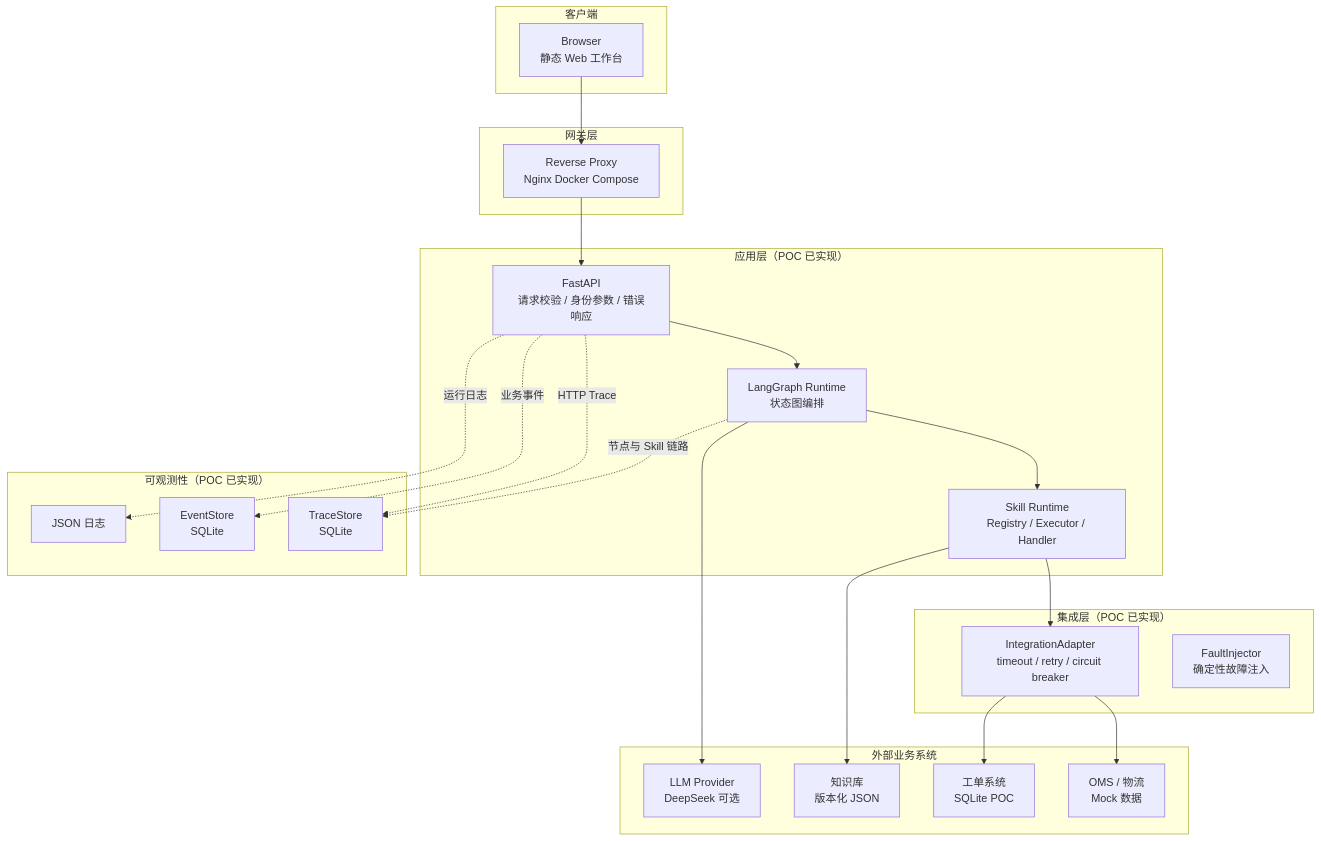
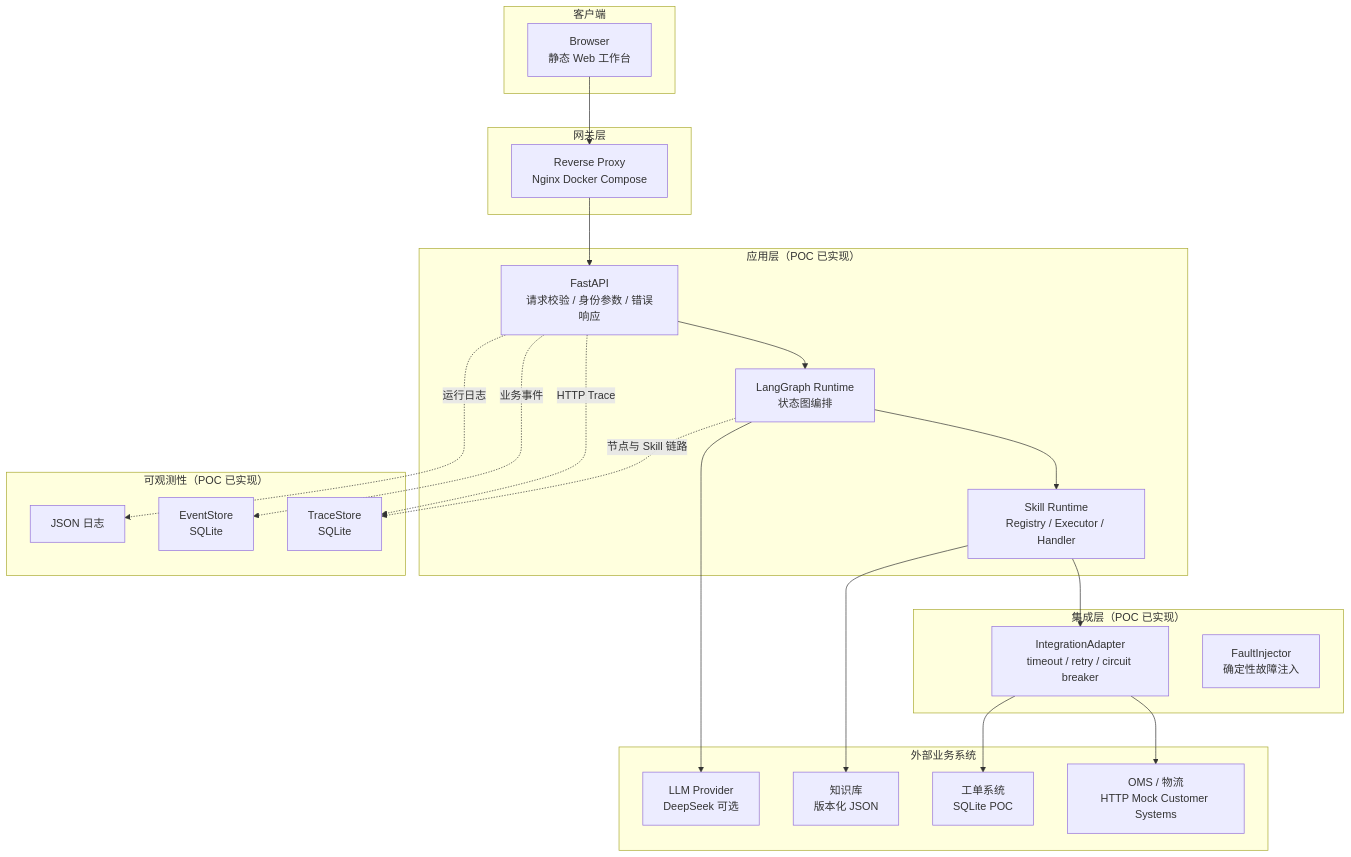
One commit to jonji886/ai-support-delivery changed the seventh of 9 diagrams in docs/solution-design.md. Above: the diagram before and after it, drawn with Mermaid. The commit also changed other lines of this file and 19 other files, not shown here.

First line of the commit message:
Add customer system integration with HTTP client, field mappers and mock customer systems

````diff
--- a/docs/solution-design.md
+++ b/docs/solution-design.md
@@ -157,48 +157,48 @@
 ```mermaid
 flowchart TB
     subgraph Client["客户端"]
         BR[Browser<br/>静态 Web 工作台]
     end
 
     subgraph Gateway["网关层"]
         GW[Reverse Proxy<br/>Nginx Docker Compose]
     end
 
     subgraph App["应用层（POC 已实现）"]
         FA[FastAPI<br/>请求校验 / 身份参数 / 错误响应]
         LG[LangGraph Runtime<br/>状态图编排]
         SR[Skill Runtime<br/>Registry / Executor / Handler]
     end
 
     subgraph Integration["集成层（POC 已实现）"]
         IA[IntegrationAdapter<br/>timeout / retry / circuit breaker]
         FI[FaultInjector<br/>确定性故障注入]
     end
 
     subgraph External["外部业务系统"]
-        OMS[OMS / 物流<br/>Mock 数据]
+        OMS[OMS / 物流<br/>HTTP Mock Customer Systems]
         TS[工单系统<br/>SQLite POC]
         KB[知识库<br/>版本化 JSON]
         LLM[LLM Provider<br/>DeepSeek 可选]
     end
 
     subgraph Obs["可观测性（POC 已实现）"]
         TS_DB[TraceStore<br/>SQLite]
         ES[EventStore<br/>SQLite]
         LOG[JSON 日志]
     end
 
     BR --> GW
     GW --> FA
     FA --> LG
     LG --> SR
     SR --> IA
     IA --> OMS
     IA --> TS
     SR --> KB
     LG --> LLM
     FA -. HTTP Trace .-> TS_DB
     LG -. 节点与 Skill 链路 .-> TS_DB
     FA -. 业务事件 .-> ES
     FA -. 运行日志 .-> LOG
 ```
````
